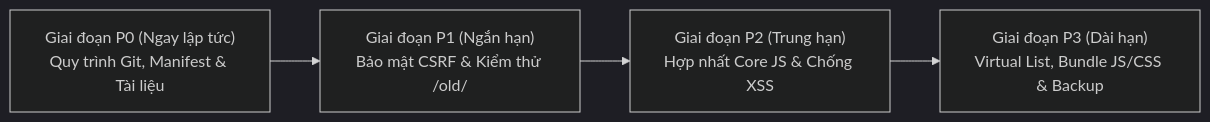
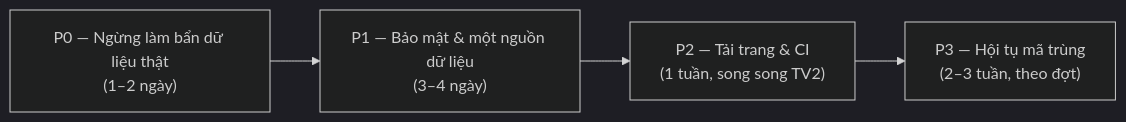
The diagram in PHUONG_AN_TOI_UU_HE_THONG.md (haiyenpa25/sheetapp2), drawn with Mermaid (dark theme) before and after one commit. The commit also changed other lines of this file and 14 other files, not shown here.

First line of the commit message:
docs: consolidate roadmaps into ROADMAPS.md index and add 2026-10-21 system optimization plan

````diff
--- a/PHUONG_AN_TOI_UU_HE_THONG.md
+++ b/PHUONG_AN_TOI_UU_HE_THONG.md
@@ -23,6 +47,6 @@
 ```mermaid
 flowchart LR
-  P0["Giai đoạn P0 (Ngay lập tức)<br/>Quy trình Git, Manifest & Tài liệu"] --> P1["Giai đoạn P1 (Ngắn hạn)<br/>Bảo mật CSRF & Kiểm thử /old/"]
-  P1 --> P2["Giai đoạn P2 (Trung hạn)<br/>Hợp nhất Core JS & Chống XSS"]
-  P2 --> P3["Giai đoạn P3 (Dài hạn)<br/>Virtual List, Bundle JS/CSS & Backup"]
+  P0["P0 — Ngừng làm bẩn dữ liệu thật<br/>(1–2 ngày)"] --> P1["P1 — Bảo mật & một nguồn dữ liệu<br/>(3–4 ngày)"]
+  P1 --> P2["P2 — Tải trang & CI<br/>(1 tuần, song song TV2)"]
+  P2 --> P3["P3 — Hội tụ mã trùng<br/>(2–3 tuần, theo đợt)"]
 ```
````
